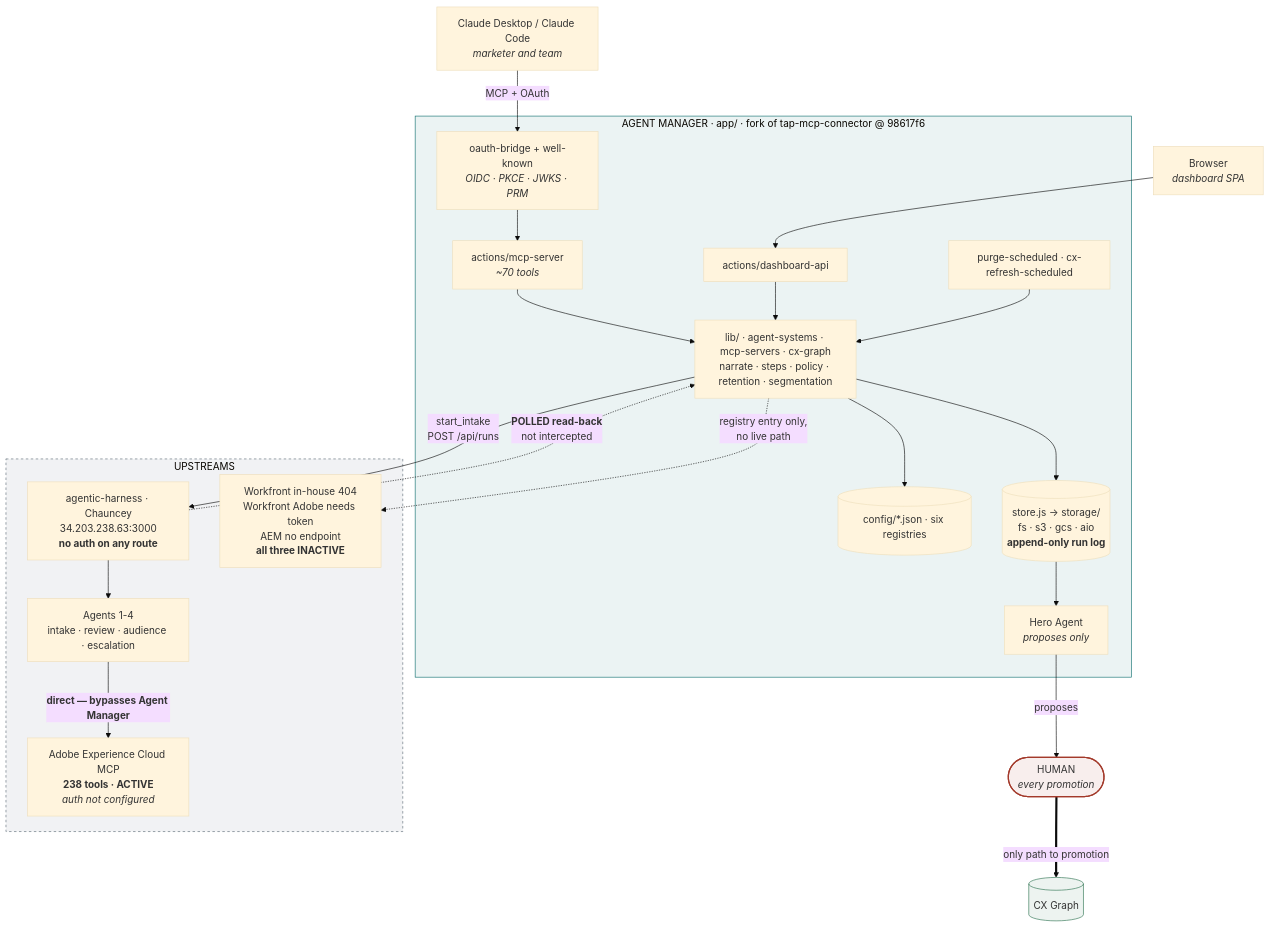
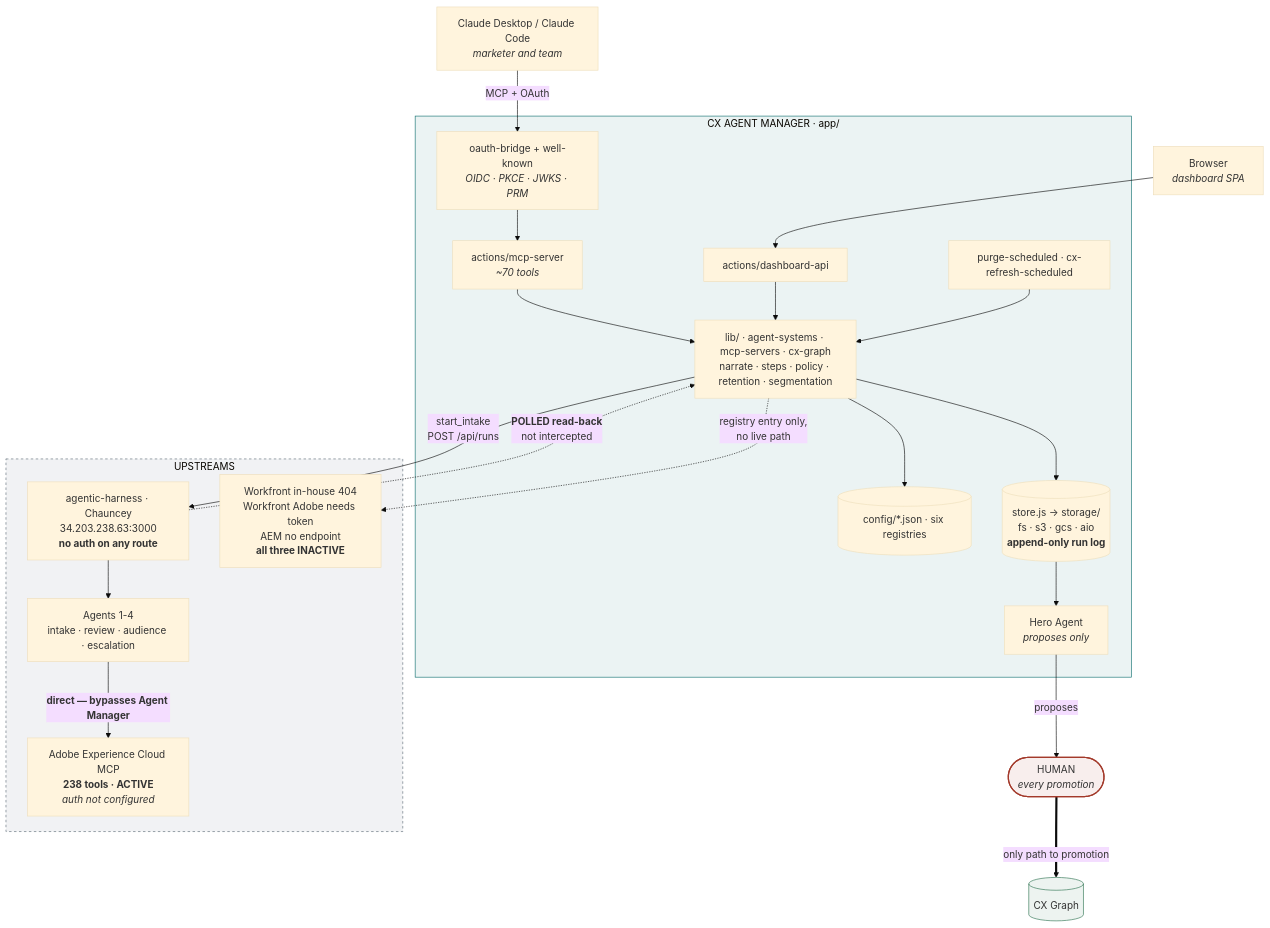
The diagram in services/agent-manager/docs/ARCHITECTURE.md (bharatdudeja-dotcom/intake_harness), drawn with Mermaid (base theme) before and after one commit. The commit also changed other lines of this file and 6 other files, not shown here.

First line of the commit message:
CX Agent Manager is its own product, and the docs now say so

````diff
--- a/services/agent-manager/docs/ARCHITECTURE.md
+++ b/services/agent-manager/docs/ARCHITECTURE.md
@@ -23,43 +23,43 @@
 ```mermaid
 flowchart TB
     CD["Claude Desktop / Claude Code<br/><i>marketer and team</i>"]
     BR["Browser<br/><i>dashboard SPA</i>"]
 
-    subgraph AM["AGENT MANAGER · app/ · fork of tap-mcp-connector @ 98617f6"]
+    subgraph AM["CX AGENT MANAGER · app/"]
         OA["oauth-bridge + well-known<br/><i>OIDC · PKCE · JWKS · PRM</i>"]
         MCPS["actions/mcp-server<br/><i>~70 tools</i>"]
         API["actions/dashboard-api"]
         SCH["purge-scheduled · cx-refresh-scheduled"]
         LIB["lib/ · agent-systems · mcp-servers · cx-graph<br/>narrate · steps · policy · retention · segmentation"]
         CFG[("config/*.json · six registries")]
         ST[("store.js → storage/<br/>fs · s3 · gcs · aio<br/><b>append-only run log</b>")]
         HERO["Hero Agent<br/><i>proposes only</i>"]
     end
 
     HU(["HUMAN<br/><i>every promotion</i>"])
     CX[("CX Graph")]
 
     subgraph UP["UPSTREAMS"]
         HAR["agentic-harness · Chauncey<br/>34.203.238.63:3000<br/><b>no auth on any route</b>"]
         AG["Agents 1-4<br/>intake · review · audience · escalation"]
         AEC["Adobe Experience Cloud MCP<br/><b>238 tools · ACTIVE</b><br/><i>auth not configured</i>"]
         WF["Workfront in-house 404<br/>Workfront Adobe needs token<br/>AEM no endpoint<br/><b>all three INACTIVE</b>"]
     end
 
     CD -->|"MCP + OAuth"| OA --> MCPS --> LIB
     BR --> API --> LIB
     SCH --> LIB
     LIB --> CFG
     LIB --> ST
     LIB -->|"start_intake<br/>POST /api/runs"| HAR
     HAR -.->|"<b>POLLED read-back</b><br/>not intercepted"| LIB
     HAR --> AG
     AG -->|"<b>direct — bypasses Agent Manager</b>"| AEC
     LIB -. "registry entry only,<br/>no live path" .-> WF
     ST --> HERO -->|"proposes"| HU ==>|"only path to promotion"| CX
 
     style AM fill:#0E6E6E15,stroke:#0E6E6E
     style UP fill:#5C687515,stroke:#5C6875,stroke-dasharray: 4 4
     style HU fill:#A33A2B15,stroke:#A33A2B,stroke-width:2px
     style CX fill:#2C735015,stroke:#2C7350
 ```
````
